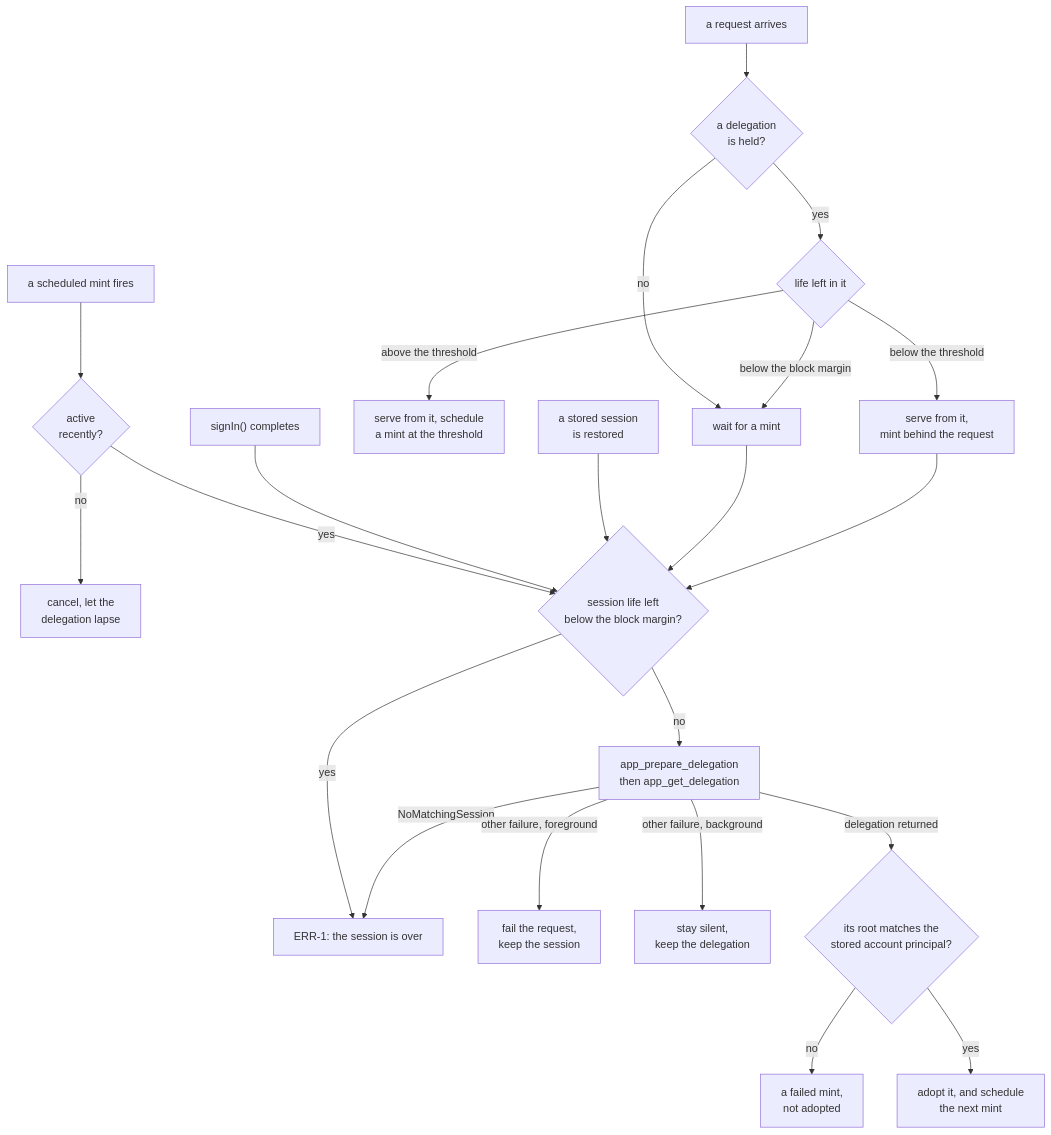
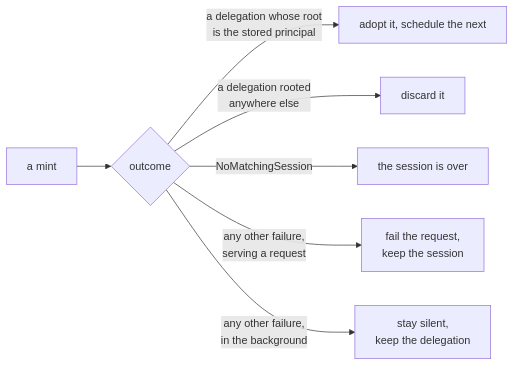
Before and after one commit to dfinity/internet-identity: the fourth of 4 diagrams in docs/ongoing/client-app-sessions-spec.md, drawn with Mermaid. The commit also changed other lines of this file, not shown here.

Commit message:
docs: split the mint flowchart into three legible ones
One graph covering request arrival, the scheduled fire, two further entry
points, the call itself and failure classification laid out as unreadable
spaghetti: four concerns and four converging entry points is more than the
layout can place.

Three small charts instead, one question each: what a request finds, what a
scheduled mint checks, and how a mint ends. The entry points that need no
decision, and the one-in-flight rule, are a sentence rather than nodes.

````diff
--- a/docs/ongoing/client-app-sessions-spec.md
+++ b/docs/ongoing/client-app-sessions-spec.md
@@ -87,27 +106,9 @@
 ```mermaid
-flowchart TD
-    R["a request arrives"] --> Q1{"a delegation<br/>is held?"}
-    Q1 -->|"no"| W["wait for a mint"]
-    Q1 -->|"yes"| Q2{"life left in it"}
-    Q2 -->|"below the block margin"| W
-    Q2 -->|"below the threshold"| BG["serve from it,<br/>mint behind the request"]
-    Q2 -->|"above the threshold"| SC["serve from it, schedule<br/>a mint at the threshold"]
-
-    T["a scheduled mint fires"] --> Q3{"active<br/>recently?"}
-    Q3 -->|"no"| X["cancel, let the<br/>delegation lapse"]
-    Q3 -->|"yes"| G
-
-    S1["signIn() completes"] --> G
-    S2["a stored session<br/>is restored"] --> G
-    W --> G
-    BG --> G
-    G{"session life left<br/>below the block margin?"} -->|"yes"| E["ERR-1: the session is over"]
-    G -->|"no"| C["app_prepare_delegation<br/>then app_get_delegation"]
-
-    C -->|"NoMatchingSession"| E
-    C -->|"other failure, foreground"| FF["fail the request,<br/>keep the session"]
-    C -->|"other failure, background"| FB["stay silent,<br/>keep the delegation"]
-    C -->|"delegation returned"| Q4{"its root matches the<br/>stored account principal?"}
-    Q4 -->|"no"| FM["a failed mint,<br/>not adopted"]
-    Q4 -->|"yes"| OK["adopt it, and schedule<br/>the next mint"]
+flowchart LR
+    M["a mint"] --> P{"outcome"}
+    P -->|"a delegation whose root<br/>is the stored principal"| OK["adopt it, schedule the next"]
+    P -->|"a delegation rooted<br/>anywhere else"| F["discard it"]
+    P -->|"NoMatchingSession"| E["the session is over"]
+    P -->|"any other failure,<br/>serving a request"| FR["fail the request,<br/>keep the session"]
+    P -->|"any other failure,<br/>in the background"| S["stay silent,<br/>keep the delegation"]
 ```
````
